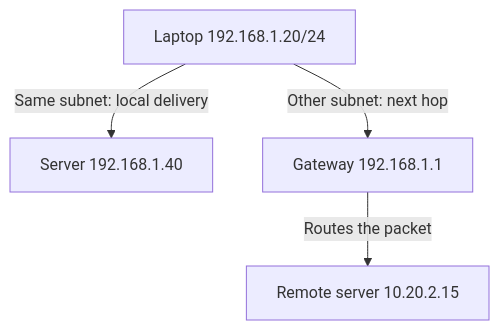
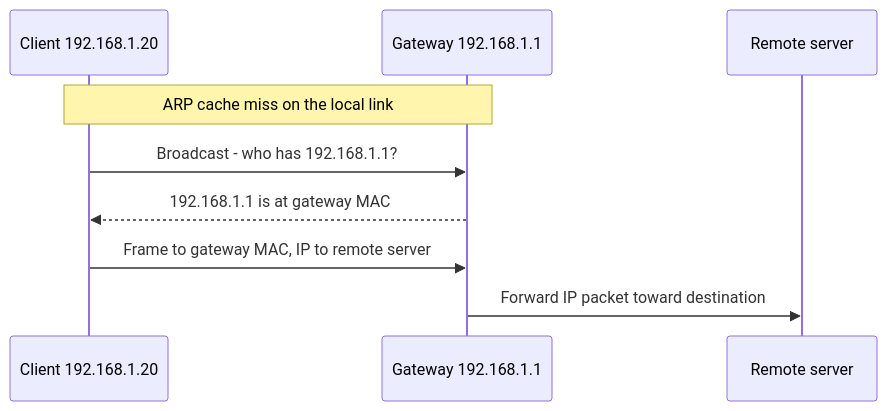
The first of 8 diagrams in src/content/blog/2026-07-30-networking-useful-stuff.md (tiendu/tiendu.github.io), drawn with Mermaid before and after one commit. The commit also changed other lines of this file, not shown here.

````diff
--- a/src/content/blog/2026-07-30-networking-useful-stuff.md
+++ b/src/content/blog/2026-07-30-networking-useful-stuff.md
@@ -115,12 +165,13 @@
 ```mermaid
-flowchart TB
-    accTitle: Local delivery versus routed delivery
-    accDescr: A laptop reaches a server in the same subnet directly, but sends other destinations through its gateway.
-    Laptop["Laptop 192.168.1.20/24"]
-    Local["Server 192.168.1.40"]
-    Gateway["Gateway 192.168.1.1"]
-    Remote["Remote server 10.20.2.15"]
-    Laptop -->|"Same subnet: local delivery"| Local
-    Laptop -->|"Other subnet: next hop"| Gateway
-    Gateway -->|"Routes the packet"| Remote
+sequenceDiagram
+    accTitle: Resolving a gateway before sending an off-link packet
+    accDescr: The client resolves the local gateway MAC, then sends an Ethernet frame whose IP destination is still the remote server.
+    participant C as Client 192.168.1.20
+    participant G as Gateway 192.168.1.1
+    participant S as Remote server
+    Note over C,G: ARP cache miss on the local link
+    C->>G: Broadcast - who has 192.168.1.1?
+    G-->>C: 192.168.1.1 is at gateway MAC
+    C->>G: Frame to gateway MAC, IP to remote server
+    G->>S: Forward IP packet toward destination
 ```
````
